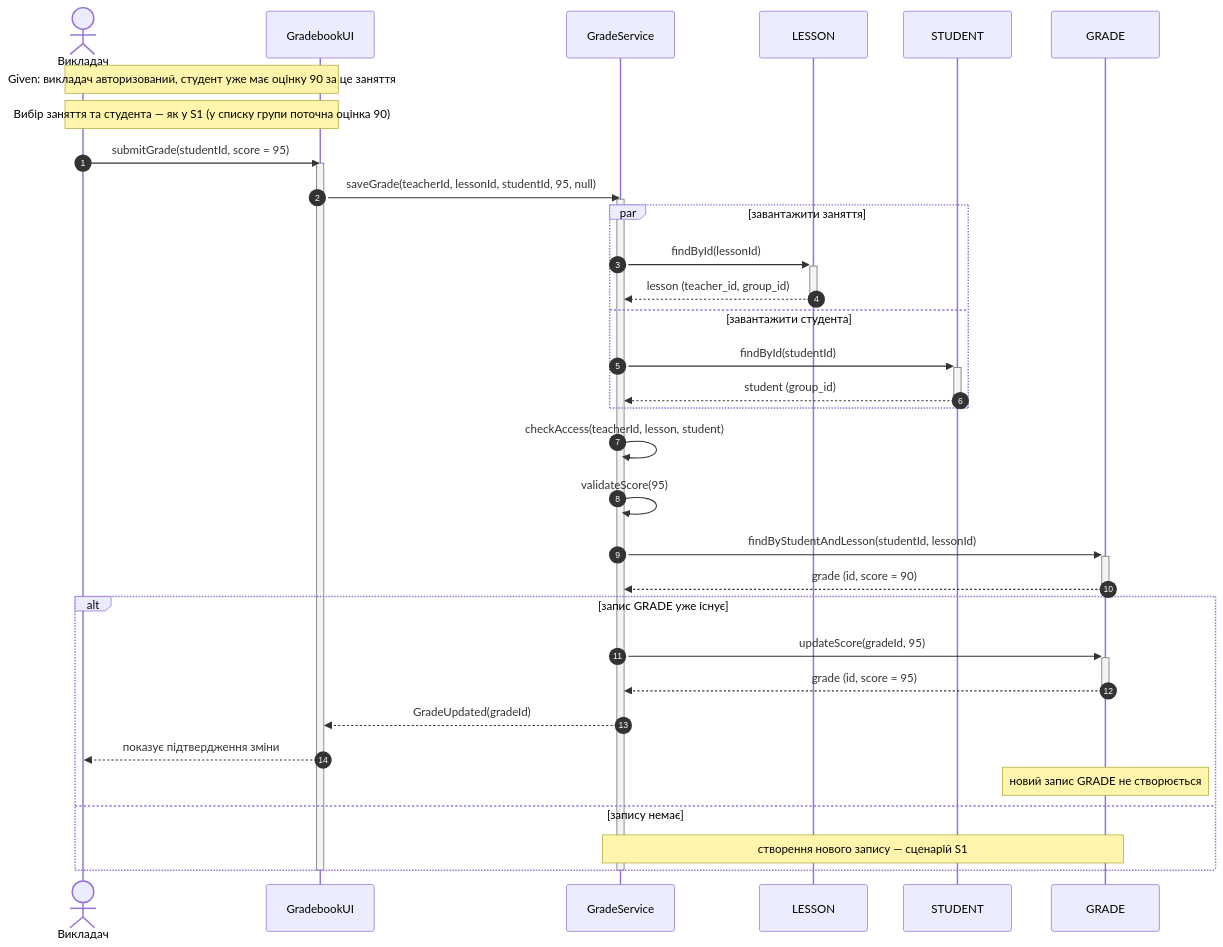
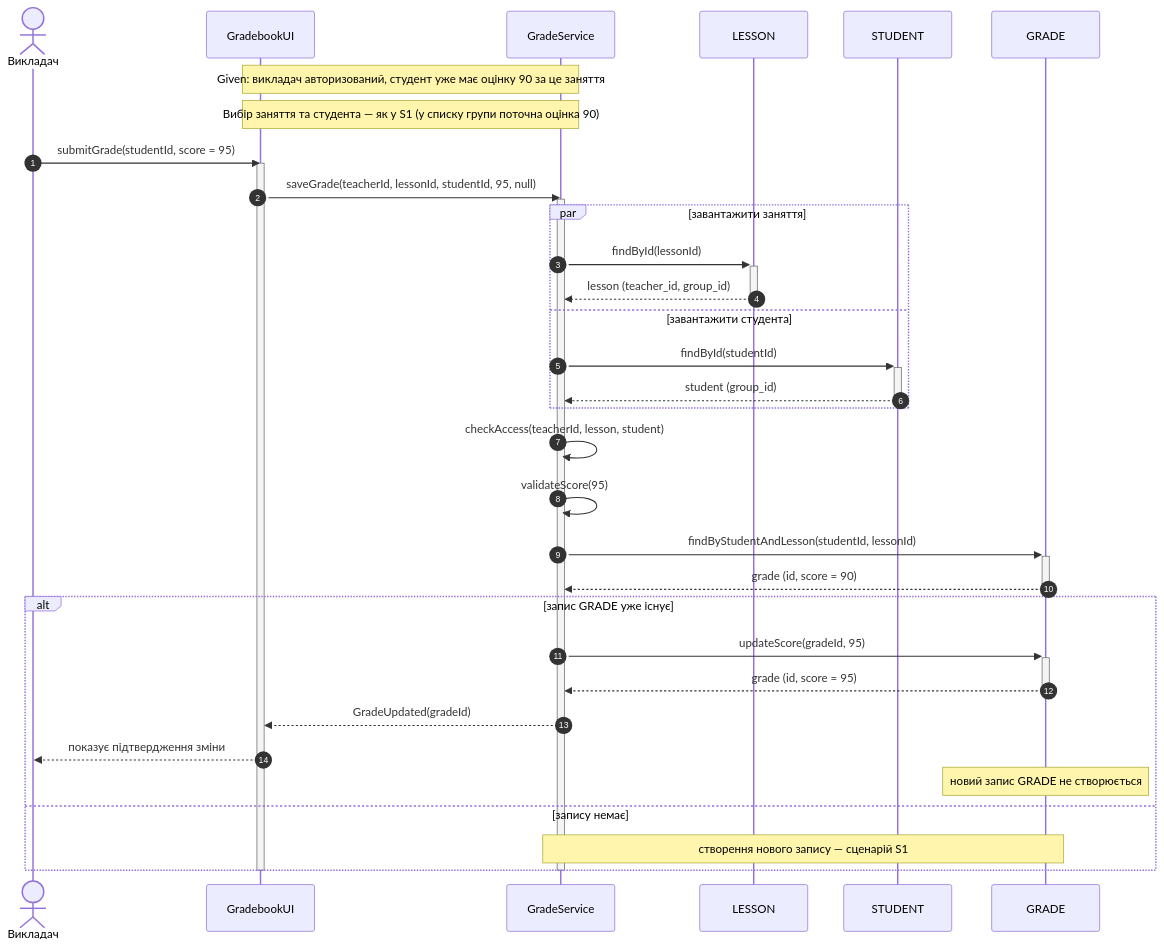
The third of 6 diagrams in sequence-diagrams.md (Mayki603/gradebook), drawn with Mermaid before and after one commit. The commit also changed other lines of this file, not shown here.

````diff
--- a/sequence-diagrams.md
+++ b/sequence-diagrams.md
@@ -124,39 +127,39 @@
 ```mermaid
 sequenceDiagram
     autonumber
     actor T as Викладач
     participant UI as GradebookUI
     participant GS as GradeService
     participant L as LESSON
     participant S as STUDENT
     participant G as GRADE
 
-    Note over T,UI: Given: викладач авторизований, студент уже має оцінку 90 за це заняття
-    Note over T,UI: Вибір заняття та студента — як у S1 (у списку групи поточна оцінка 90)
+    Note over UI,GS: Given: викладач авторизований, студент уже має оцінку 90 за це заняття
+    Note over UI,GS: Вибір заняття та студента — як у S1 (у списку групи поточна оцінка 90)
     T->>UI: submitGrade(studentId, score = 95)
     activate UI
     UI->>GS: saveGrade(teacherId, lessonId, studentId, 95, null)
     activate GS
     par завантажити заняття
         GS->>+L: findById(lessonId)
         L-->>-GS: lesson (teacher_id, group_id)
     and завантажити студента
         GS->>+S: findById(studentId)
         S-->>-GS: student (group_id)
     end
     GS->>GS: checkAccess(teacherId, lesson, student)
     GS->>GS: validateScore(95)
     GS->>+G: findByStudentAndLesson(studentId, lessonId)
     G-->>-GS: grade (id, score = 90)
     alt запис GRADE уже існує
         GS->>+G: updateScore(gradeId, 95)
         G-->>-GS: grade (id, score = 95)
         GS-->>UI: GradeUpdated(gradeId)
         UI-->>T: показує підтвердження зміни
         Note over G: новий запис GRADE не створюється
     else запису немає
         Note over GS,G: створення нового запису — сценарій S1
     end
     deactivate GS
     deactivate UI
 ```
````
